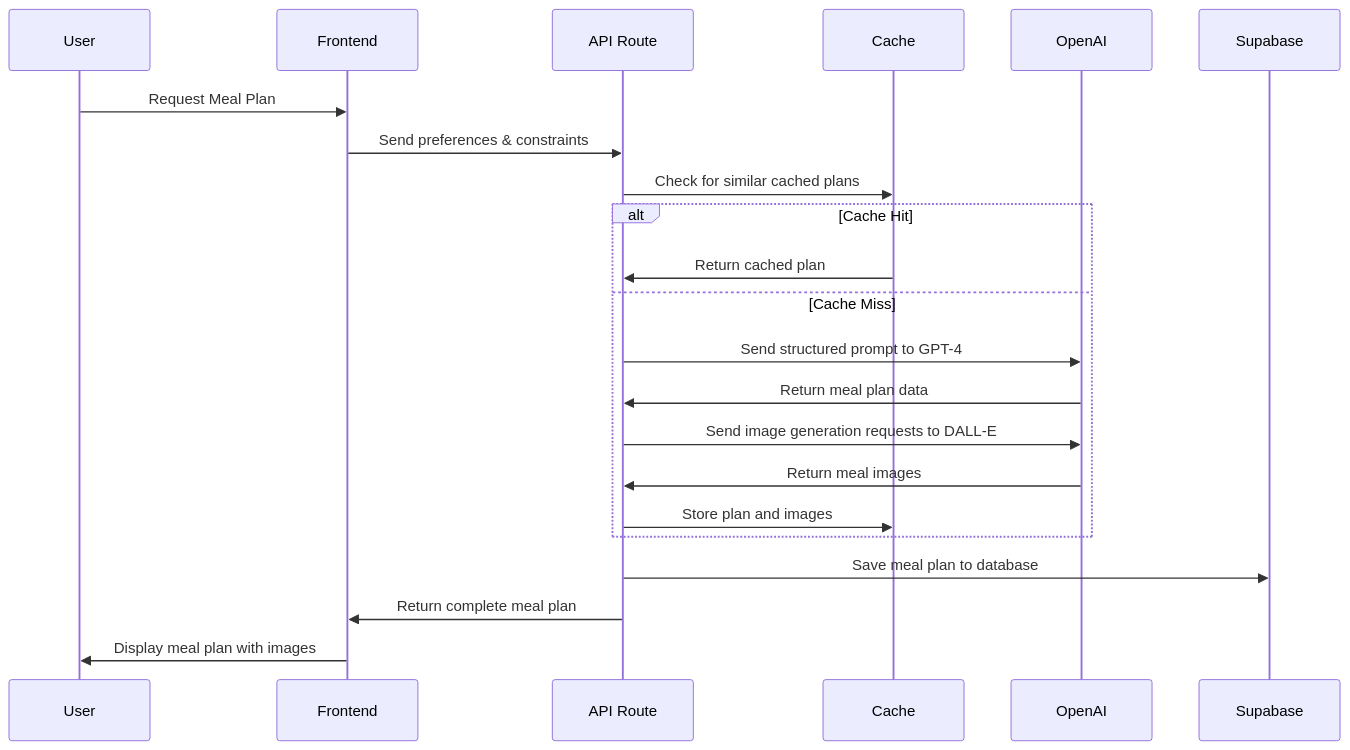
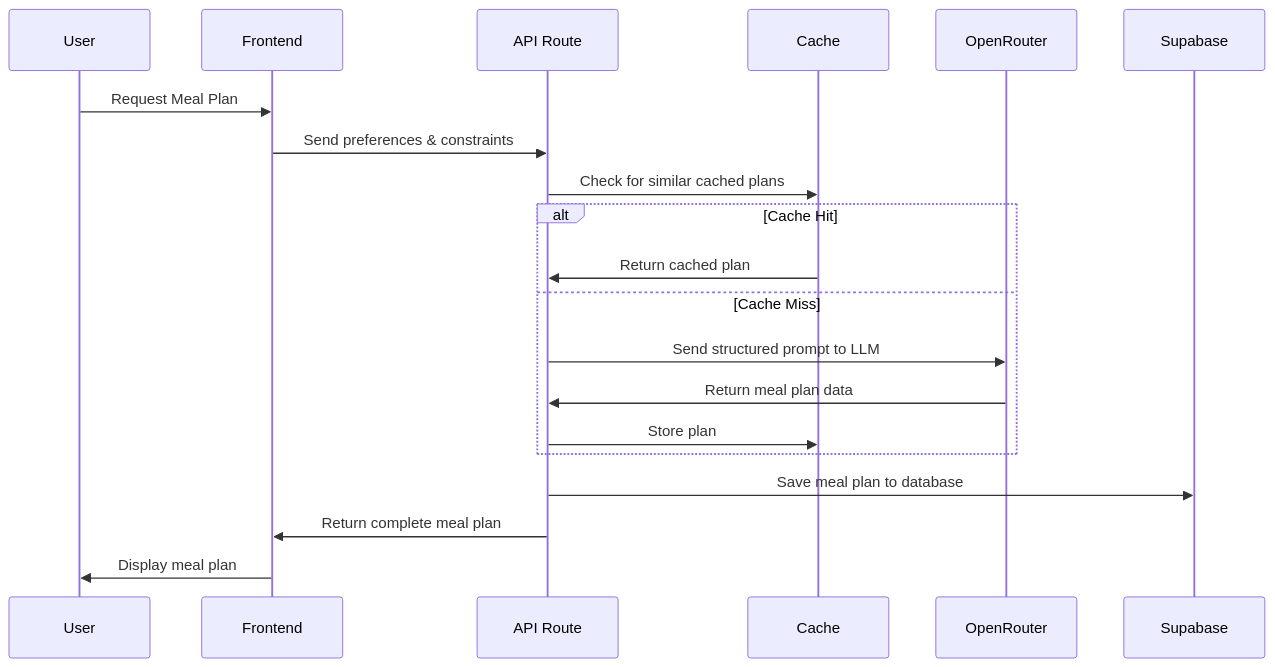
Before and after one commit to laszlorasko/RatatouAIlle: the second of 3 diagrams in RatatouAIlle_PRD.md, drawn with Mermaid. The commit also changed other lines of this file and 1 other file, not shown here.

````diff
--- a/RatatouAIlle_PRD.md
+++ b/RatatouAIlle_PRD.md
@@ -201,27 +199,25 @@
 ```mermaid
 sequenceDiagram
     participant User
     participant Frontend
     participant API Route
     participant Cache
-    participant OpenAI
+    participant OpenRouter
     participant Supabase
     
     User->>Frontend: Request Meal Plan
     Frontend->>API Route: Send preferences & constraints
     API Route->>Cache: Check for similar cached plans
     
     alt Cache Hit
         Cache->>API Route: Return cached plan
     else Cache Miss
-        API Route->>OpenAI: Send structured prompt to GPT-4
-        OpenAI->>API Route: Return meal plan data
-        API Route->>OpenAI: Send image generation requests to DALL-E
-        OpenAI->>API Route: Return meal images
-        API Route->>Cache: Store plan and images
+        API Route->>OpenRouter: Send structured prompt to LLM
+        OpenRouter->>API Route: Return meal plan data
+        API Route->>Cache: Store plan
     end
     
     API Route->>Supabase: Save meal plan to database
     API Route->>Frontend: Return complete meal plan
-    Frontend->>User: Display meal plan with images
+    Frontend->>User: Display meal plan
 ```
````
